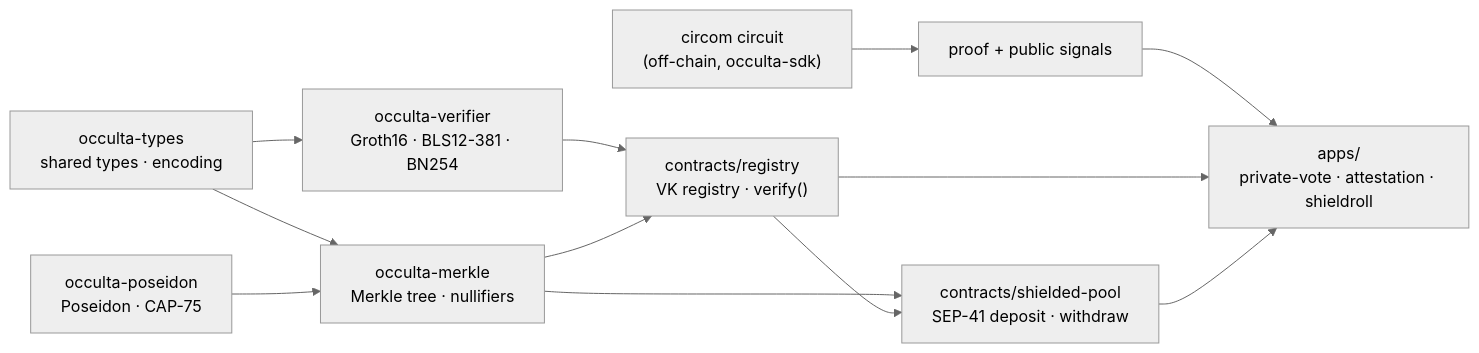
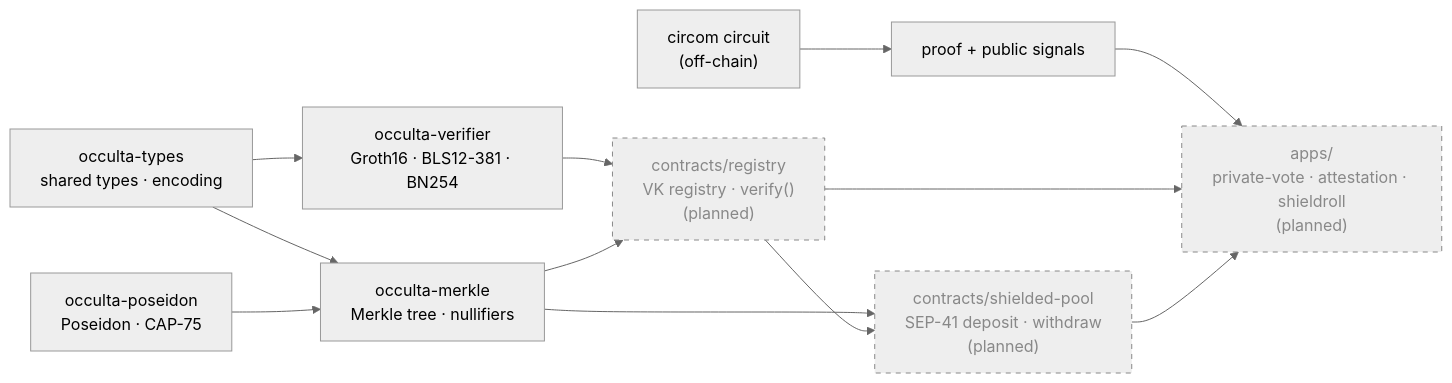
The diagram in README.md (Occulta-zk/occulta-contracts), drawn with Mermaid (neutral theme) before and after one commit. The commit also changed other lines of this file, not shown here.

````diff
--- a/README.md
+++ b/README.md
@@ -67,24 +71,27 @@
 ```mermaid
 flowchart LR
-    circuit["circom circuit\n(off-chain, occulta-sdk)"]
+    circuit["circom circuit\n(off-chain)"]
     snarkjs["proof + public signals"]
     types["occulta-types\nshared types · encoding"]
     poseidon["occulta-poseidon\nPoseidon · CAP-75"]
     verifier["occulta-verifier\nGroth16 · BLS12-381 · BN254"]
     merkle["occulta-merkle\nMerkle tree · nullifiers"]
-    registry["contracts/registry\nVK registry · verify()"]
-    pool["contracts/shielded-pool\nSEP-41 deposit · withdraw"]
-    apps["apps/\nprivate-vote · attestation · shieldroll"]
+    registry["contracts/registry\nVK registry · verify()\n(planned)"]
+    pool["contracts/shielded-pool\nSEP-41 deposit · withdraw\n(planned)"]
+    apps["apps/\nprivate-vote · attestation · shieldroll\n(planned)"]
 
     circuit --> snarkjs
     snarkjs --> apps
     types --> verifier
     types --> merkle
     poseidon --> merkle
     verifier --> registry
     merkle --> registry
     merkle --> pool
     registry --> pool
     registry --> apps
     pool --> apps
+
+    classDef scaffold stroke-dasharray: 5 5,stroke:#888,color:#888;
+    class registry,pool,apps scaffold;
 ```
````
